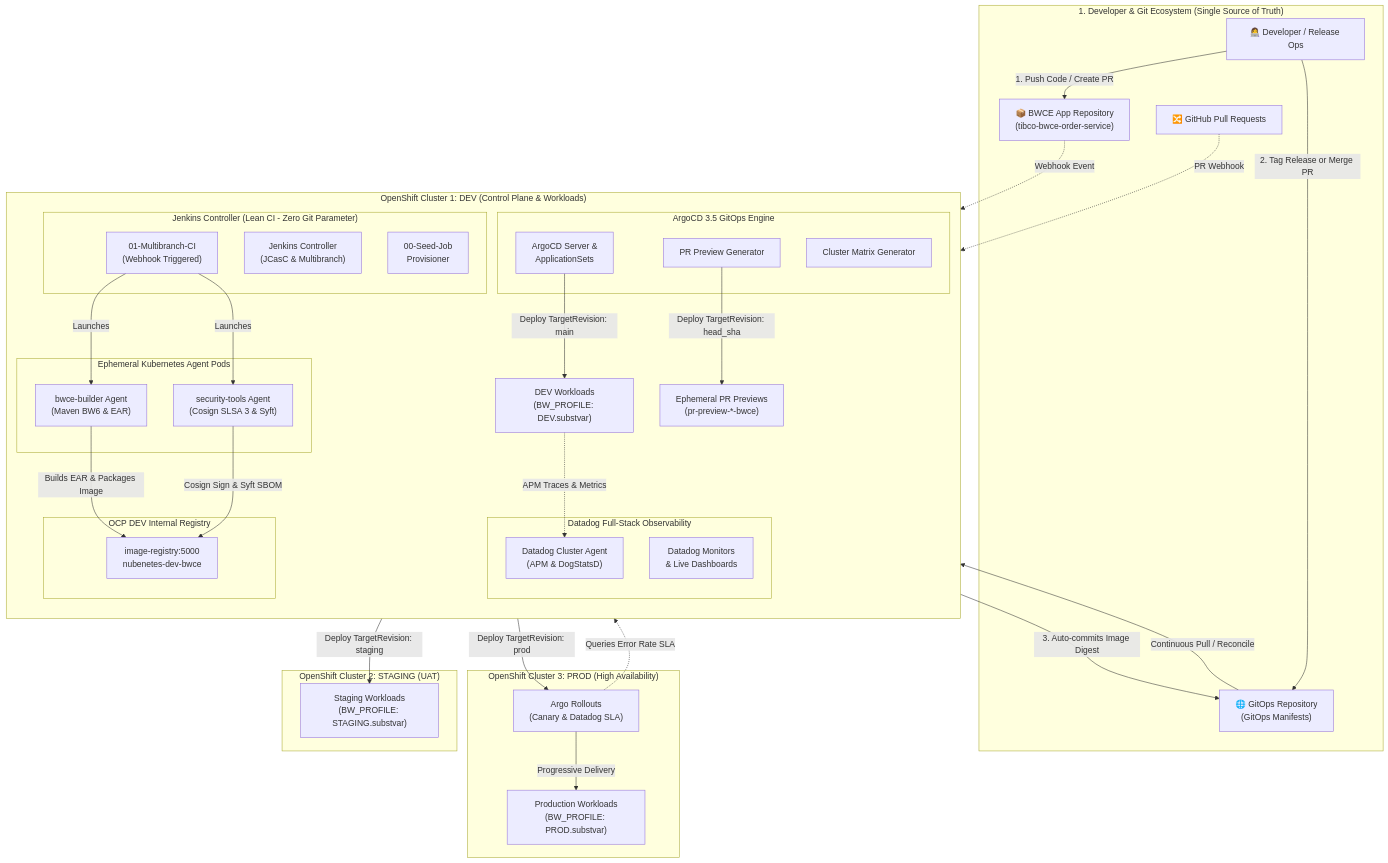
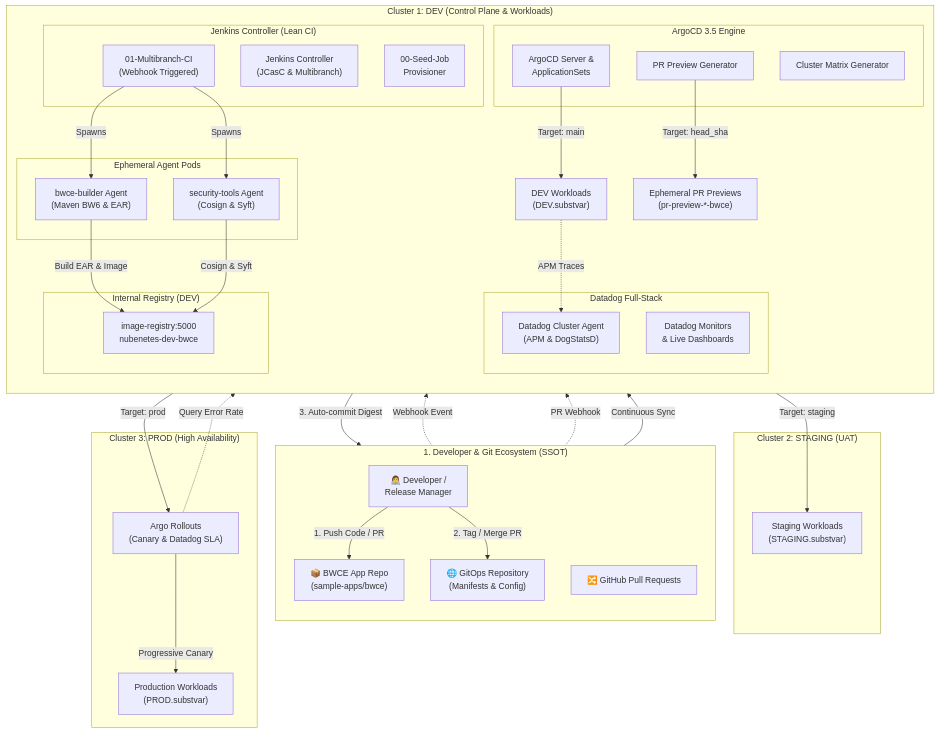
Before and after one commit to nubenetes/jenkins-without-git-parameter-bwce: the seventh of 15 diagrams in README.md, drawn with Mermaid. The commit also changed other lines of this file, not shown here.

Commit message:
fix(mermaid): comprehensive overhaul of all diagrams (topology, PR preview, promotion, zero-trust) to prevent text clipping

````diff
--- a/README.md
+++ b/README.md
@@ -571,75 +571,76 @@
 ```mermaid
 flowchart TB
-    subgraph DeveloperWorkspace["1. Developer & Git Ecosystem (Single Source of Truth)"]
-        Dev["👩‍💻 Developer / Release Ops"]
-        AppRepo["📦 BWCE App Repository<br/>(tibco-bwce-order-service)"]
-        GitOpsRepo["🌐 GitOps Repository<br/>(GitOps Manifests)"]
+    subgraph DeveloperWorkspace["1. Developer & Git Ecosystem (SSOT)"]
+        direction TB
+        Dev["👩‍💻 Developer /<br/>Release Manager"]
+        AppRepo["📦 BWCE App Repo<br/>(sample-apps/bwce)"]
+        GitOpsRepo["🌐 GitOps Repository<br/>(Manifests & Config)"]
         GitHubPR["🔀 GitHub Pull Requests"]
     end
 
-    subgraph OCP_DEV["OpenShift Cluster 1: DEV (Control Plane & Workloads)"]
+    subgraph OCP_DEV["Cluster 1: DEV (Control Plane & Workloads)"]
         direction TB
-        subgraph JenkinsPlatform["Jenkins Controller (Lean CI - Zero Git Parameter)"]
+        subgraph JenkinsPlatform["Jenkins Controller (Lean CI)"]
             Master["Jenkins Controller<br/>(JCasC & Multibranch)"]
             Seed["00-Seed-Job<br/>Provisioner"]
             CIJob["01-Multibranch-CI<br/>(Webhook Triggered)"]
         end
 
-        subgraph Agents["Ephemeral Kubernetes Agent Pods"]
+        subgraph Agents["Ephemeral Agent Pods"]
             BwceAgent["bwce-builder Agent<br/>(Maven BW6 & EAR)"]
-            SecurityAgent["security-tools Agent<br/>(Cosign SLSA 3 & Syft)"]
+            SecurityAgent["security-tools Agent<br/>(Cosign & Syft)"]
         end
 
-        subgraph OCPDevRegistry["OCP DEV Internal Registry"]
+        subgraph OCPDevRegistry["Internal Registry (DEV)"]
             DevReg["image-registry:5000<br/>nubenetes-dev-bwce"]
         end
 
-        subgraph ArgoCDMaster["ArgoCD 3.5 GitOps Engine"]
+        subgraph ArgoCDMaster["ArgoCD 3.5 Engine"]
             ArgoServer["ArgoCD Server &<br/>ApplicationSets"]
             PRGen["PR Preview Generator"]
             MatrixGen["Cluster Matrix Generator"]
         end
 
-        subgraph ObservabilityStack["Datadog Full-Stack Observability"]
+        subgraph ObservabilityStack["Datadog Full-Stack"]
             DDAgent["Datadog Cluster Agent<br/>(APM & DogStatsD)"]
             DDMonitors["Datadog Monitors<br/>& Live Dashboards"]
         end
 
-        DevApps["DEV Workloads<br/>(BW_PROFILE: DEV.substvar)"]
+        DevApps["DEV Workloads<br/>(DEV.substvar)"]
         PreviewApps["Ephemeral PR Previews<br/>(pr-preview-*-bwce)"]
     end
 
-    subgraph OCP_STG["OpenShift Cluster 2: STAGING (UAT)"]
-        StgApps["Staging Workloads<br/>(BW_PROFILE: STAGING.substvar)"]
+    subgraph OCP_STG["Cluster 2: STAGING (UAT)"]
+        StgApps["Staging Workloads<br/>(STAGING.substvar)"]
     end
 
-    subgraph OCP_PRD["OpenShift Cluster 3: PROD (High Availability)"]
-        PrdApps["Production Workloads<br/>(BW_PROFILE: PROD.substvar)"]
+    subgraph OCP_PRD["Cluster 3: PROD (High Availability)"]
+        PrdApps["Production Workloads<br/>(PROD.substvar)"]
         Rollout["Argo Rollouts<br/>(Canary & Datadog SLA)"]
     end
 
     %% Developer interactions
-    Dev -->|"1. Push Code / Create PR"| AppRepo
-    Dev -->|"2. Tag Release or Merge PR"| GitOpsRepo
+    Dev -->|"1. Push Code / PR"| AppRepo
+    Dev -->|"2. Tag / Merge PR"| GitOpsRepo
     AppRepo -.->|"Webhook Event"| CIJob
     GitHubPR -.->|"PR Webhook"| PRGen
 
     %% Jenkins CI Flow
-    CIJob -->|Launches| BwceAgent
-    BwceAgent -->|"Builds EAR & Packages Image"| DevReg
-    CIJob -->|Launches| SecurityAgent
-    SecurityAgent -->|"Cosign Sign & Syft SBOM"| DevReg
-    SecurityAgent -->|"3. Auto-commits Image Digest"| GitOpsRepo
+    CIJob -->|"Spawns"| BwceAgent
+    BwceAgent -->|"Build EAR & Image"| DevReg
+    CIJob -->|"Spawns"| SecurityAgent
+    SecurityAgent -->|"Cosign & Syft"| DevReg
+    SecurityAgent -->|"3. Auto-commit Digest"| GitOpsRepo
 
     %% ArgoCD GitOps Flow
-    GitOpsRepo -->|"Continuous Pull / Reconcile"| ArgoServer
-    ArgoServer -->|"Deploy TargetRevision: main"| DevApps
-    PRGen -->|"Deploy TargetRevision: head_sha"| PreviewApps
-    MatrixGen -->|"Deploy TargetRevision: staging"| StgApps
-    MatrixGen -->|"Deploy TargetRevision: prod"| Rollout
-    Rollout -->|"Progressive Delivery"| PrdApps
+    GitOpsRepo -->|"Continuous Sync"| ArgoServer
+    ArgoServer -->|"Target: main"| DevApps
+    PRGen -->|"Target: head_sha"| PreviewApps
+    MatrixGen -->|"Target: staging"| StgApps
+    MatrixGen -->|"Target: prod"| Rollout
+    Rollout -->|"Progressive Canary"| PrdApps
 
     %% Observability
-    DevApps -.->|"APM Traces & Metrics"| DDAgent
-    Rollout -.->|"Queries Error Rate SLA"| DDAgent
+    DevApps -.->|"APM Traces"| DDAgent
+    Rollout -.->|"Query Error Rate"| DDAgent
 ```
````
